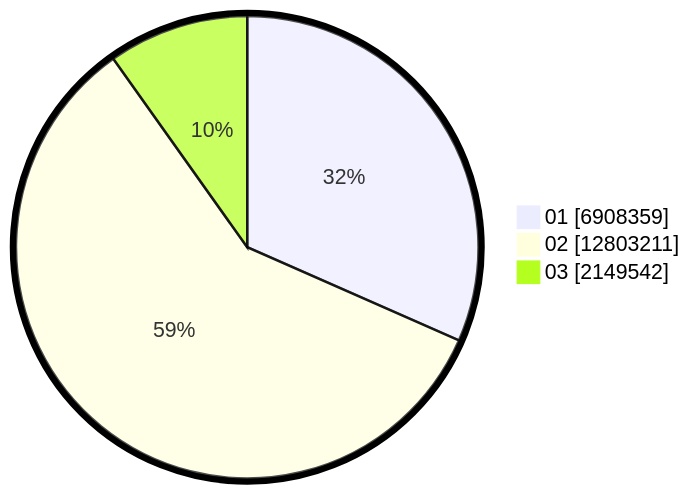
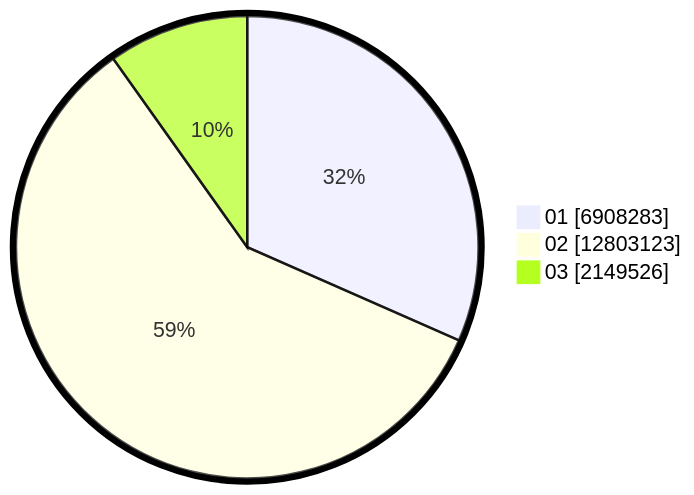
The second of 2 diagrams in pilpres/hitung-suara/sub/table-wilayah-32.md (gigit-pemilu/pemilu-2024), drawn with Mermaid before and after one commit. The commit also changed other lines of this file and 9 other files, not shown here.

````diff
--- a/pilpres/hitung-suara/sub/table-wilayah-32.md
+++ b/pilpres/hitung-suara/sub/table-wilayah-32.md
@@ -15,7 +15,7 @@
 ```mermaid
 %%{init: {"pie": {"textPosition": 0.5}, "themeVariables": {"pieOuterStrokeWidth": "5px"}} }%%
 pie showData
-    "01" : 6908359
-    "02" : 12803211
-    "03" : 2149542
+    "01" : 6908283
+    "02" : 12803123
+    "03" : 2149526
 ```
````
